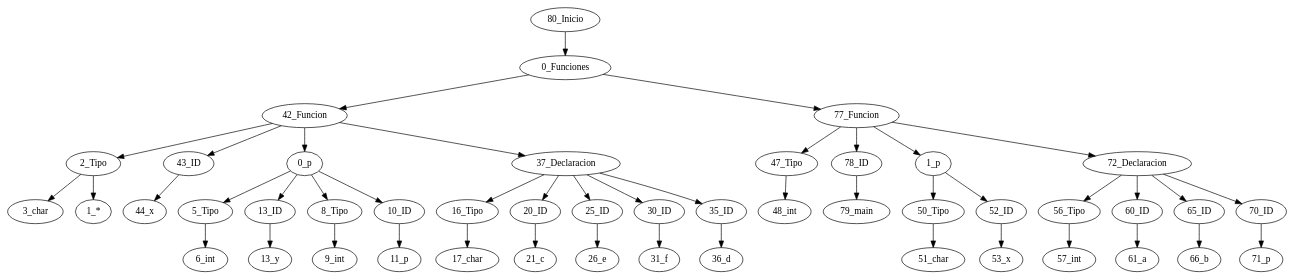
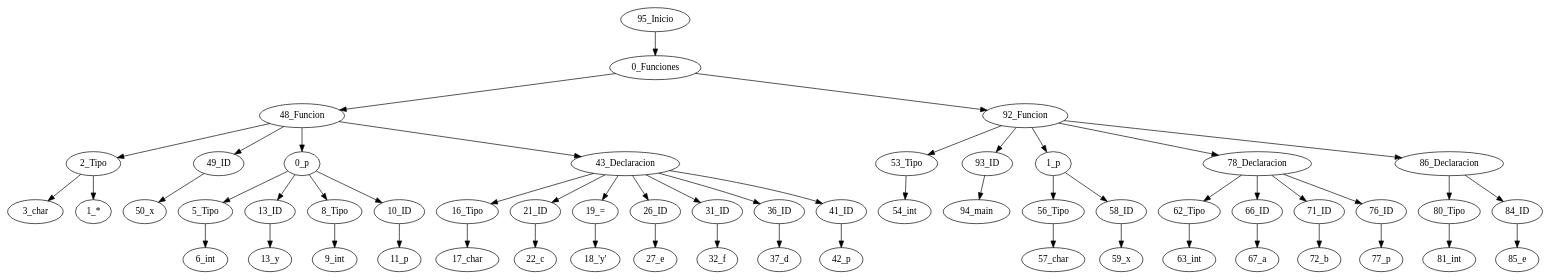
One commit to IlianaPinto/Mini-C changed the diagram in Interfaz/src/Analizador/generado.dot. Above: the diagram before and after it, drawn with Graphviz. The commit also changed 3 other files, not shown here.

```diff
--- a/Interfaz/src/Analizador/generado.dot
+++ b/Interfaz/src/Analizador/generado.dot
@@ -1,48 +1,57 @@
 digraph {
-"80_Inicio" -> "0_Funciones";
-"0_Funciones" -> "42_Funcion";
-"42_Funcion" -> "2_Tipo";
+"95_Inicio" -> "0_Funciones";
+"0_Funciones" -> "48_Funcion";
+"48_Funcion" -> "2_Tipo";
 "2_Tipo" -> "3_char";
 "2_Tipo" -> "1_*";
-"42_Funcion" -> "43_ID";
-"43_ID" -> "44_x";
-"42_Funcion" -> "0_p";
+"48_Funcion" -> "49_ID";
+"49_ID" -> "50_x";
+"48_Funcion" -> "0_p";
 "0_p" -> "5_Tipo";
 "5_Tipo" -> "6_int";
 "0_p" -> "13_ID";
 "13_ID" -> "13_y";
 "0_p" -> "8_Tipo";
 "8_Tipo" -> "9_int";
 "0_p" -> "10_ID";
 "10_ID" -> "11_p";
-"42_Funcion" -> "37_Declaracion";
-"37_Declaracion" -> "16_Tipo";
+"48_Funcion" -> "43_Declaracion";
+"43_Declaracion" -> "16_Tipo";
 "16_Tipo" -> "17_char";
-"37_Declaracion" -> "20_ID";
-"20_ID" -> "21_c";
-"37_Declaracion" -> "25_ID";
-"25_ID" -> "26_e";
-"37_Declaracion" -> "30_ID";
-"30_ID" -> "31_f";
-"37_Declaracion" -> "35_ID";
-"35_ID" -> "36_d";
-"0_Funciones" -> "77_Funcion";
-"77_Funcion" -> "47_Tipo";
-"47_Tipo" -> "48_int";
-"77_Funcion" -> "78_ID";
-"78_ID" -> "79_main";
-"77_Funcion" -> "1_p";
-"1_p" -> "50_Tipo";
-"50_Tipo" -> "51_char";
-"1_p" -> "52_ID";
-"52_ID" -> "53_x";
-"77_Funcion" -> "72_Declaracion";
-"72_Declaracion" -> "56_Tipo";
-"56_Tipo" -> "57_int";
-"72_Declaracion" -> "60_ID";
-"60_ID" -> "61_a";
-"72_Declaracion" -> "65_ID";
-"65_ID" -> "66_b";
-"72_Declaracion" -> "70_ID";
-"70_ID" -> "71_p";
+"43_Declaracion" -> "21_ID";
+"21_ID" -> "22_c";
+"43_Declaracion" -> "19_=";
+"19_=" -> "18_'y'";
+"43_Declaracion" -> "26_ID";
+"26_ID" -> "27_e";
+"43_Declaracion" -> "31_ID";
+"31_ID" -> "32_f";
+"43_Declaracion" -> "36_ID";
+"36_ID" -> "37_d";
+"43_Declaracion" -> "41_ID";
+"41_ID" -> "42_p";
+"0_Funciones" -> "92_Funcion";
+"92_Funcion" -> "53_Tipo";
+"53_Tipo" -> "54_int";
+"92_Funcion" -> "93_ID";
+"93_ID" -> "94_main";
+"92_Funcion" -> "1_p";
+"1_p" -> "56_Tipo";
+"56_Tipo" -> "57_char";
+"1_p" -> "58_ID";
+"58_ID" -> "59_x";
+"92_Funcion" -> "78_Declaracion";
+"78_Declaracion" -> "62_Tipo";
+"62_Tipo" -> "63_int";
+"78_Declaracion" -> "66_ID";
+"66_ID" -> "67_a";
+"78_Declaracion" -> "71_ID";
+"71_ID" -> "72_b";
+"78_Declaracion" -> "76_ID";
+"76_ID" -> "77_p";
+"92_Funcion" -> "86_Declaracion";
+"86_Declaracion" -> "80_Tipo";
+"80_Tipo" -> "81_int";
+"86_Declaracion" -> "84_ID";
+"84_ID" -> "85_e";
 }
```
